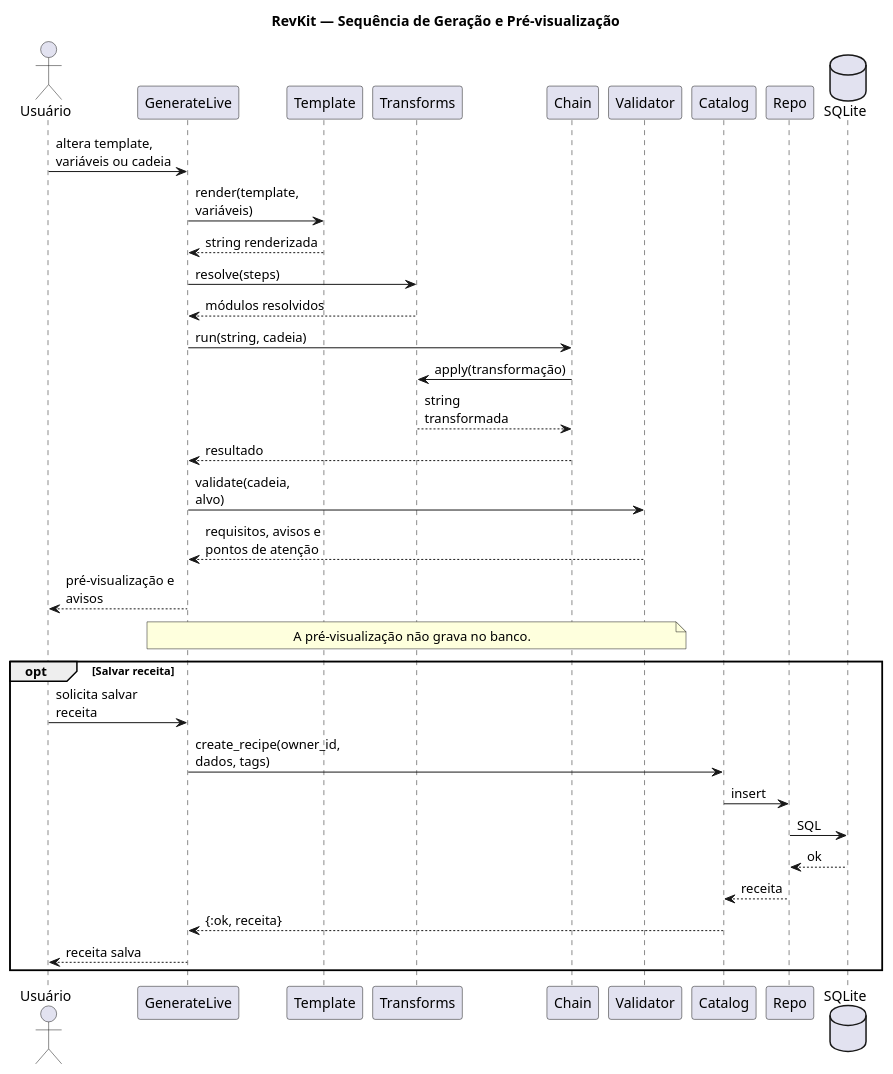
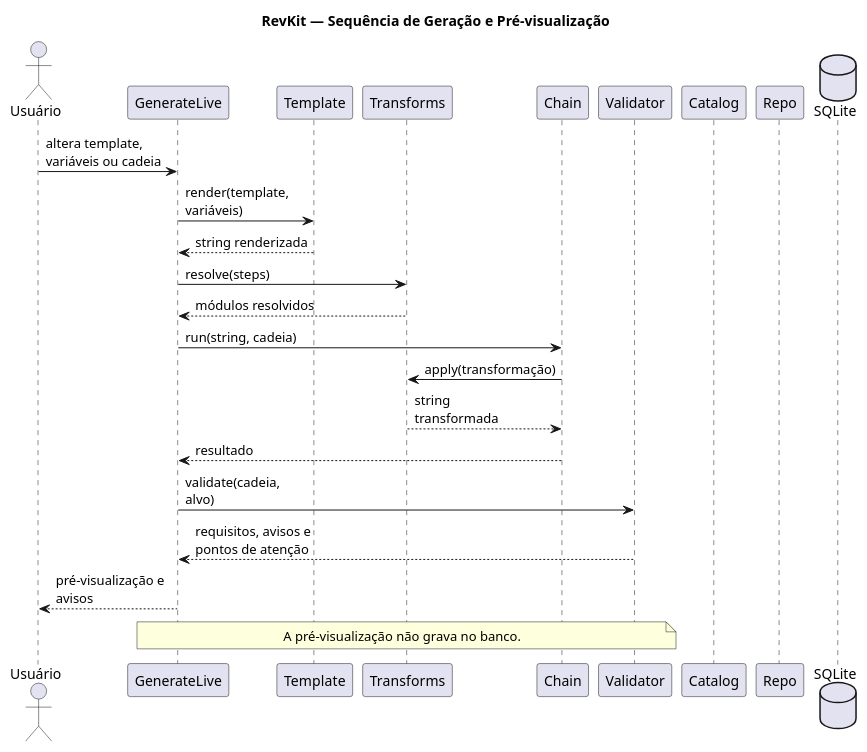
The diagram in docs/diagramas/sequencia-geracao.puml (Andoreatta/revkit), drawn with PlantUML before and after one commit. The commit also changed 46 other files, not shown here.

First line of the commit message:
docs: add activity/class diagrams and per-UC sequences; ABNT layout

```diff
--- a/docs/diagramas/sequencia-geracao.puml
+++ b/docs/diagramas/sequencia-geracao.puml
@@ -1,41 +1,30 @@
 @startuml
 title RevKit — Sequência de Geração e Pré-visualização
 skinparam maxMessageSize 120
 
 actor "Usuário" as user
 participant "GenerateLive" as live
 participant "Template" as template
 participant "Transforms" as transforms
 participant "Chain" as chain
 participant "Validator" as validator
 participant "Catalog" as catalog
 participant "Repo" as repo
 database "SQLite" as db
 
 user -> live : altera template, variáveis ou cadeia
 live -> template : render(template, variáveis)
 template --> live : string renderizada
 live -> transforms : resolve(steps)
 transforms --> live : módulos resolvidos
 live -> chain : run(string, cadeia)
 chain -> transforms : apply(transformação)
 transforms --> chain : string transformada
 chain --> live : resultado
 live -> validator : validate(cadeia, alvo)
 validator --> live : requisitos, avisos e pontos de atenção
 live --> user : pré-visualização e avisos
 
 note over live, validator : A pré-visualização não grava no banco.
 
-opt Salvar receita
-  user -> live : solicita salvar receita
-  live -> catalog : create_recipe(owner_id, dados, tags)
-  catalog -> repo : insert
-  repo -> db : SQL
-  db --> repo : ok
-  repo --> catalog : receita
-  catalog --> live : {:ok, receita}
-  live --> user : receita salva
-end
-
 @enduml
```
